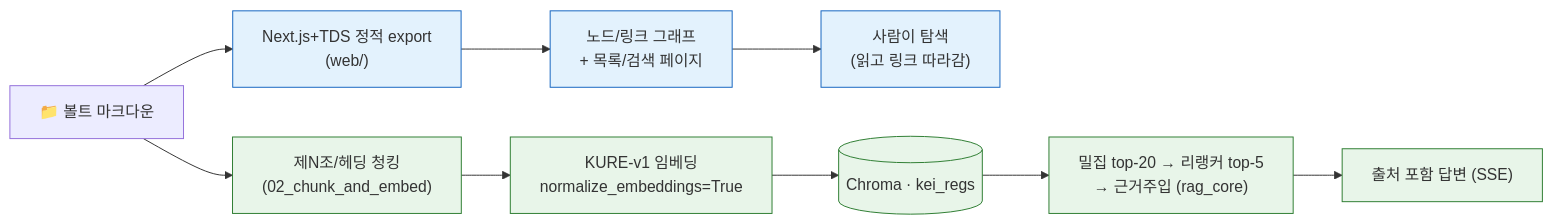
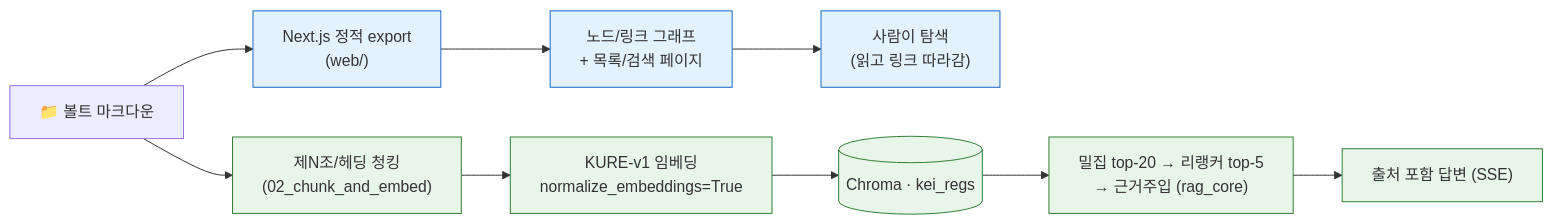
The second of 4 diagrams in docs/02-architecture.md (mooner92/KEIAdminSuperv), drawn with Mermaid before and after one commit. The commit also changed other lines of this file and 13 other files, not shown here.

````diff
--- a/docs/02-architecture.md
+++ b/docs/02-architecture.md
@@ -121,19 +121,19 @@
 ```mermaid
 flowchart LR
     V["📁 볼트 마크다운"]
 
-    V --> A1["Next.js+TDS 정적 export<br/>(web/)"]
+    V --> A1["Next.js 정적 export<br/>(web/)"]
     A1 --> A2["노드/링크 그래프<br/>+ 목록/검색 페이지"]
     A2 --> A3["사람이 탐색<br/>(읽고 링크 따라감)"]
 
     V --> B1["제N조/헤딩 청킹<br/>(02_chunk_and_embed)"]
     B1 --> B2["KURE-v1 임베딩<br/>normalize_embeddings=True"]
     B2 --> B3[("Chroma · kei_regs")]
     B3 --> B4["밀집 top-20 → 리랭커 top-5<br/>→ 근거주입 (rag_core)"]
     B4 --> B5["출처 포함 답변 (SSE)"]
 
     classDef brain fill:#e3f2fd,stroke:#1565c0;
     classDef assist fill:#e8f5e9,stroke:#2e7d32;
     class A1,A2,A3 brain;
     class B1,B2,B3,B4,B5 assist;
 ```
````
